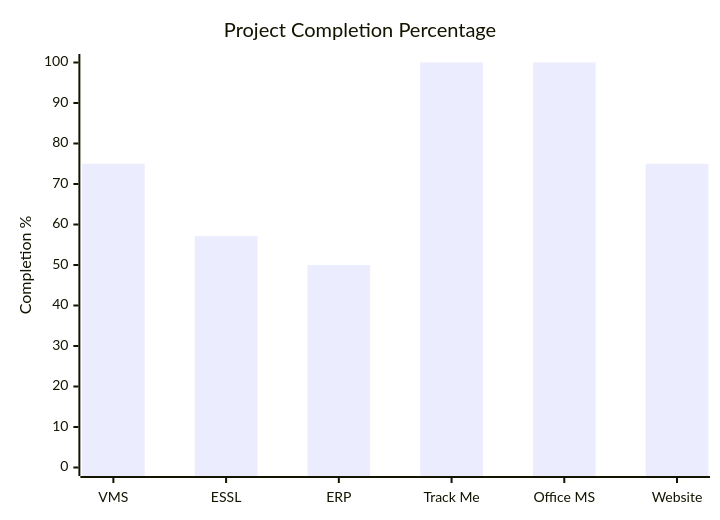
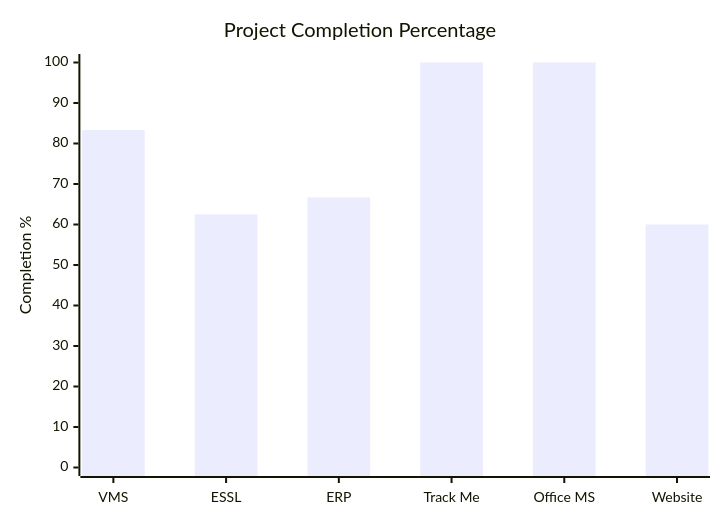
Before and after one commit to Realityspeaker/My-Work-Diary: the third of 3 diagrams in Global_Summary.md, drawn with Mermaid. The commit also changed other lines of this file, not shown here.

````diff
--- a/Global_Summary.md
+++ b/Global_Summary.md
@@ -63,7 +63,7 @@
 ```mermaid
 xychart-beta
     title "Project Completion Percentage"
     x-axis ["VMS", "ESSL", "ERP", "Track Me", "Office MS", "Website"]
     y-axis "Completion %" 0 --> 100
-    bar [75, 57.14, 50, 100, 100, 75]
+    bar [83.33, 62.50, 66.67, 100, 100, 60]
 ```
````
